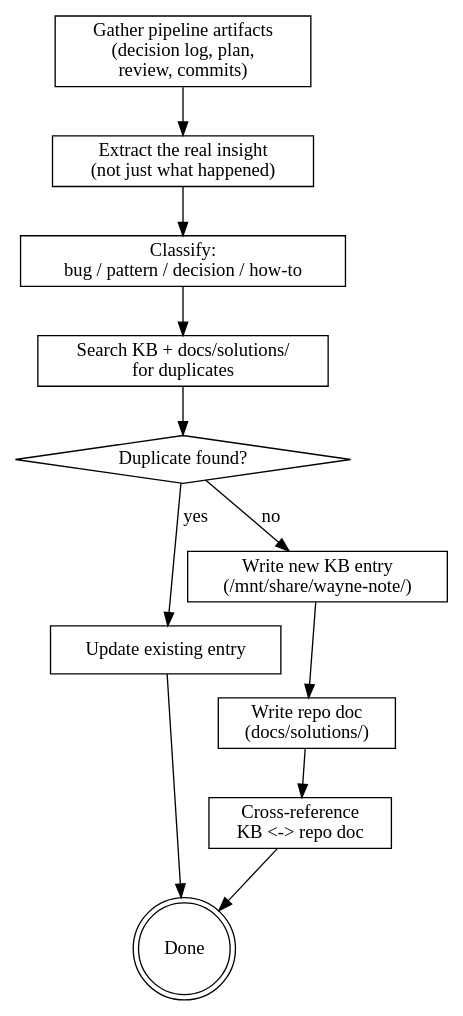
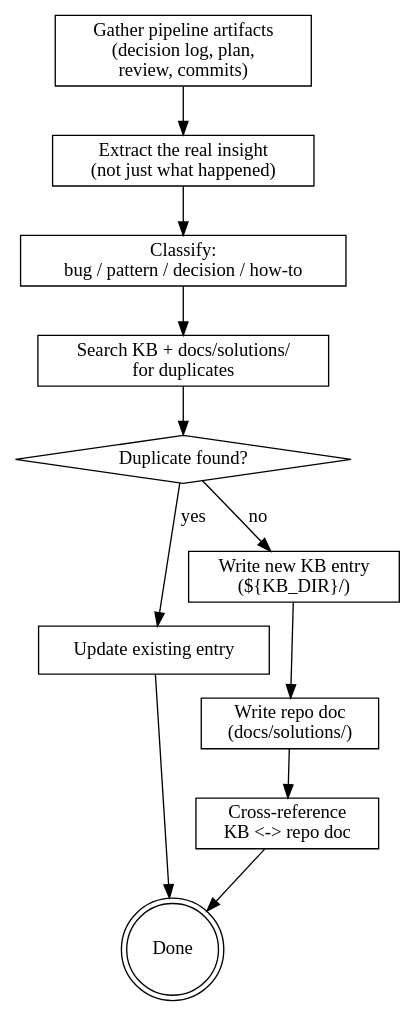
One commit to waynejing995/wayne-taste changed the diagram in wayne-compound/SKILL.md. Above: the diagram before and after it, drawn with Graphviz. The commit also changed other lines of this file and 14 other files, not shown here.

````diff
--- a/wayne-compound/SKILL.md
+++ b/wayne-compound/SKILL.md
@@ -43,27 +47,27 @@
 ```dot
 digraph compound {
     rankdir=TB;
 
     "Gather pipeline artifacts\n(decision log, plan,\nreview, commits)" [shape=box];
     "Extract the real insight\n(not just what happened)" [shape=box];
     "Classify:\nbug / pattern / decision / how-to" [shape=box];
     "Search KB + docs/solutions/\nfor duplicates" [shape=box];
     "Duplicate found?" [shape=diamond];
     "Update existing entry" [shape=box];
-    "Write new KB entry\n(/mnt/share/wayne-note/)" [shape=box];
+    "Write new KB entry\n(${KB_DIR}/)" [shape=box];
     "Write repo doc\n(docs/solutions/)" [shape=box];
     "Cross-reference\nKB <-> repo doc" [shape=box];
     "Done" [shape=doublecircle];
 
     "Gather pipeline artifacts\n(decision log, plan,\nreview, commits)" -> "Extract the real insight\n(not just what happened)";
     "Extract the real insight\n(not just what happened)" -> "Classify:\nbug / pattern / decision / how-to";
     "Classify:\nbug / pattern / decision / how-to" -> "Search KB + docs/solutions/\nfor duplicates";
     "Search KB + docs/solutions/\nfor duplicates" -> "Duplicate found?";
     "Duplicate found?" -> "Update existing entry" [label="yes"];
-    "Duplicate found?" -> "Write new KB entry\n(/mnt/share/wayne-note/)" [label="no"];
+    "Duplicate found?" -> "Write new KB entry\n(${KB_DIR}/)" [label="no"];
     "Update existing entry" -> "Done";
-    "Write new KB entry\n(/mnt/share/wayne-note/)" -> "Write repo doc\n(docs/solutions/)";
+    "Write new KB entry\n(${KB_DIR}/)" -> "Write repo doc\n(docs/solutions/)";
     "Write repo doc\n(docs/solutions/)" -> "Cross-reference\nKB <-> repo doc";
     "Cross-reference\nKB <-> repo doc" -> "Done";
 }
 ```
````
